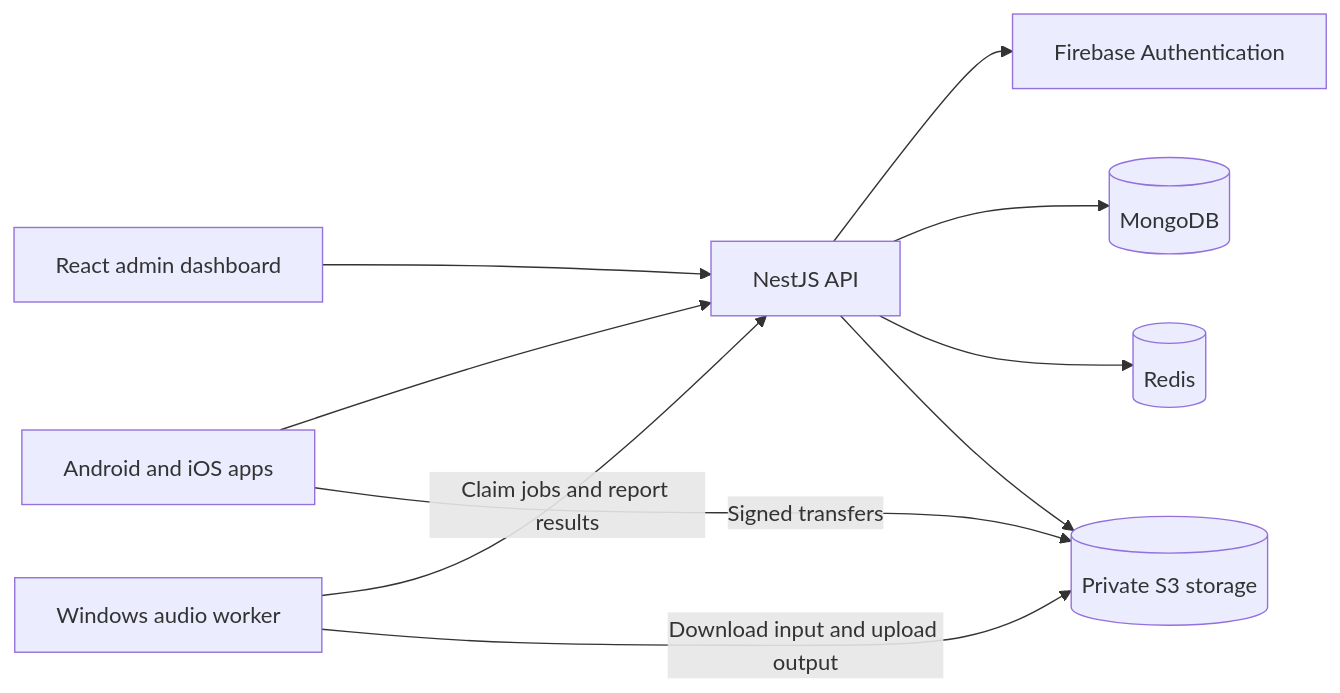
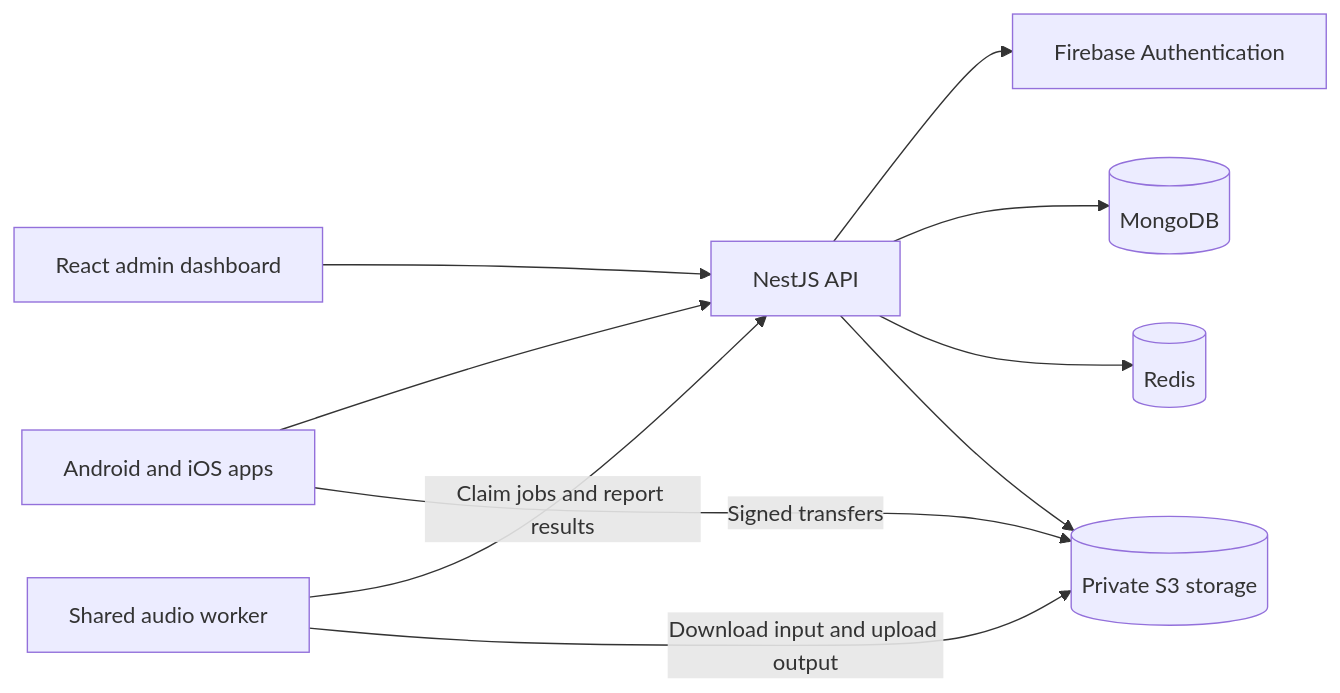
One commit to hatemragab/music_mute changed the diagram in README.md. Above: the diagram before and after it, drawn with Mermaid. The commit also changed other lines of this file and 355 other files, not shown here.

````diff
--- a/README.md
+++ b/README.md
@@ -29,12 +29,12 @@
 ```mermaid
 flowchart LR
     Apps[Android and iOS apps] --> API[NestJS API]
     Dashboard[React admin dashboard] --> API
     API --> Firebase[Firebase Authentication]
     API --> MongoDB[(MongoDB)]
     API --> Redis[(Redis)]
     API --> S3[(Private S3 storage)]
     Apps -->|Signed transfers| S3
-    Worker[Windows audio worker] -->|Claim jobs and report results| API
+    Worker[Shared audio worker] -->|Claim jobs and report results| API
     Worker -->|Download input and upload output| S3
 ```
````
